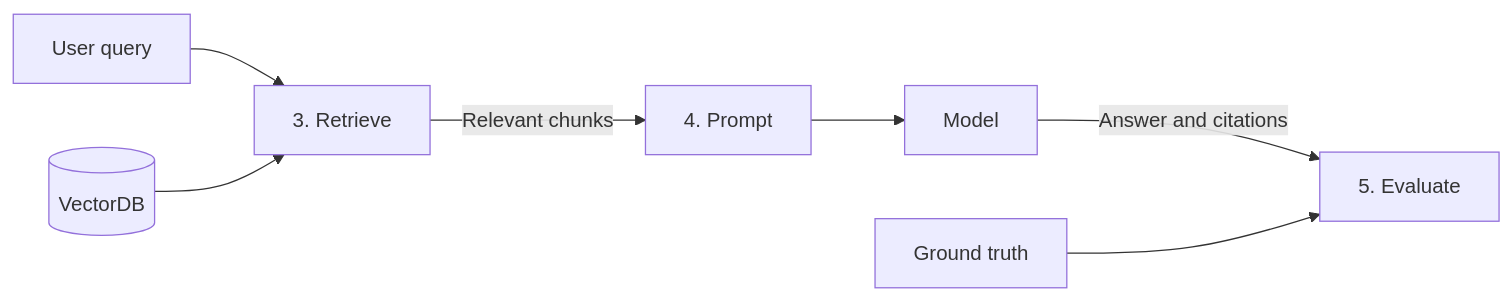
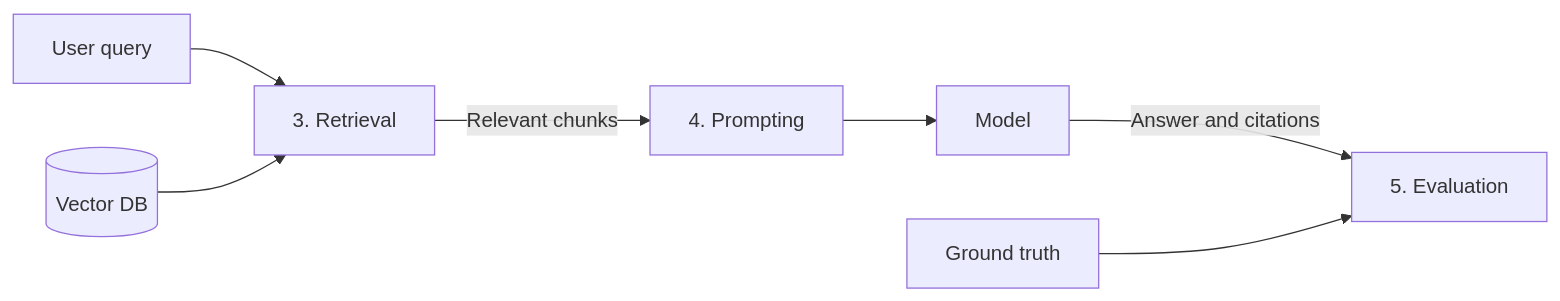
One commit to w4bo/AA2627-unibo-dcai changed the sixth of 24 diagrams in slides/02-rag.qmd. Above: the diagram before and after it, drawn with Mermaid. The commit also changed other lines of this file, not shown here.

````diff
--- a/slides/02-rag.qmd
+++ b/slides/02-rag.qmd
@@ -242,10 +307,10 @@
 ```{mermaid}
 %%| echo: false
 flowchart LR
-  Q[User query] --> R[3. Retrieve]
-  I[(VectorDB)] --> R
-  R -->|Relevant chunks| X[4. Prompt]
+  Q[User query] --> R[3. Retrieval]
+  I[(Vector DB)] --> R
+  R -->|Relevant chunks| X[4. Prompting]
   X --> G[Model]
   G -->|Answer and citations| E
-  GT[Ground truth] --> E[5. Evaluate]
+  GT[Ground truth] --> E[5. Evaluation]
 ```
````
